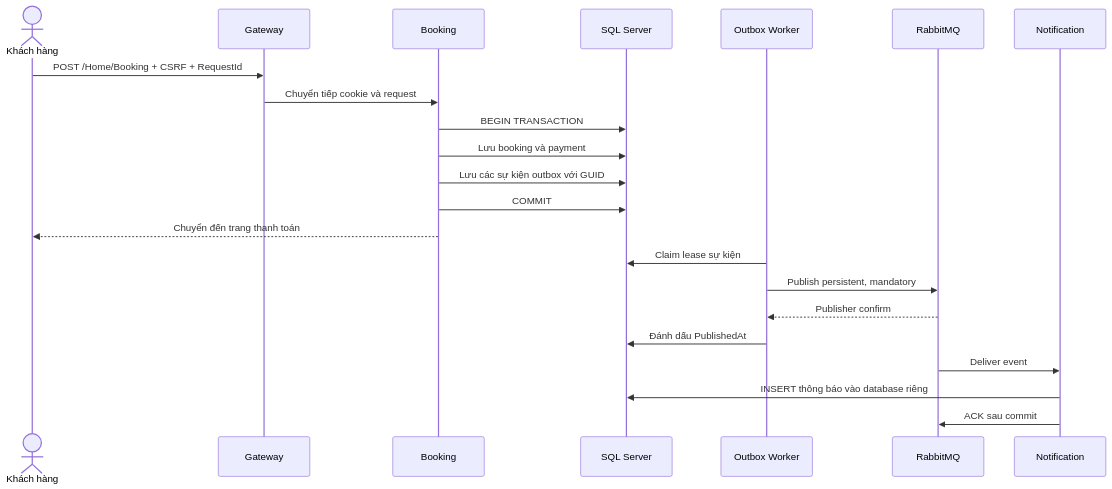
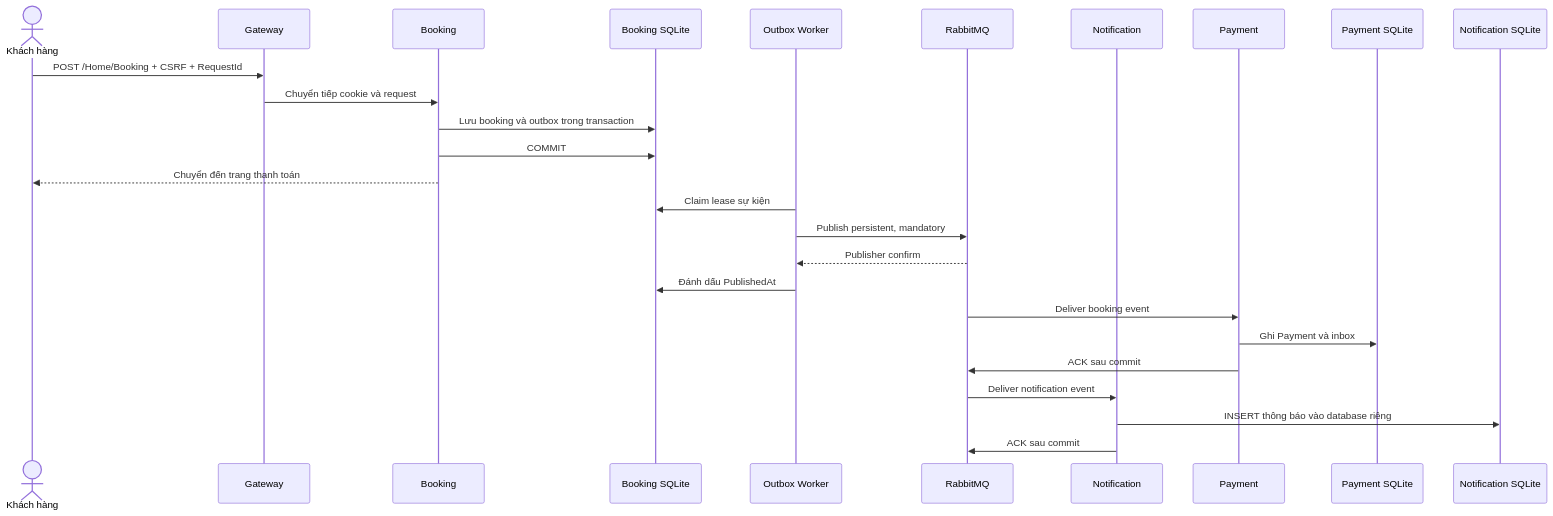
Before and after one commit to dangvu2910/Tourbookingg: the second of 2 diagrams in docs/bao-cao-he-thong-phan-tan.md, drawn with Mermaid. The commit also changed other lines of this file and 70 other files, not shown here.

````diff
--- a/docs/bao-cao-he-thong-phan-tan.md
+++ b/docs/bao-cao-he-thong-phan-tan.md
@@ -49,24 +51,28 @@
 ```mermaid
 sequenceDiagram
     actor Khach as Khách hàng
     participant G as Gateway
     participant B as Booking
-    participant SQL as SQL Server
+    participant DB as Booking SQLite
     participant W as Outbox Worker
     participant R as RabbitMQ
     participant N as Notification
+    participant P as Payment
+    participant PD as Payment SQLite
+    participant ND as Notification SQLite
     Khach->>G: POST /Home/Booking + CSRF + RequestId
     G->>B: Chuyển tiếp cookie và request
-    B->>SQL: BEGIN TRANSACTION
-    B->>SQL: Lưu booking và payment
-    B->>SQL: Lưu các sự kiện outbox với GUID
-    B->>SQL: COMMIT
+    B->>DB: Lưu booking và outbox trong transaction
+    B->>DB: COMMIT
     B-->>Khach: Chuyển đến trang thanh toán
-    W->>SQL: Claim lease sự kiện
+    W->>DB: Claim lease sự kiện
     W->>R: Publish persistent, mandatory
     R-->>W: Publisher confirm
-    W->>SQL: Đánh dấu PublishedAt
-    R->>N: Deliver event
-    N->>SQL: INSERT thông báo vào database riêng
+    W->>DB: Đánh dấu PublishedAt
+    R->>P: Deliver booking event
+    P->>PD: Ghi Payment và inbox
+    P->>R: ACK sau commit
+    R->>N: Deliver notification event
+    N->>ND: INSERT thông báo vào database riêng
     N->>R: ACK sau commit
 ```
````
